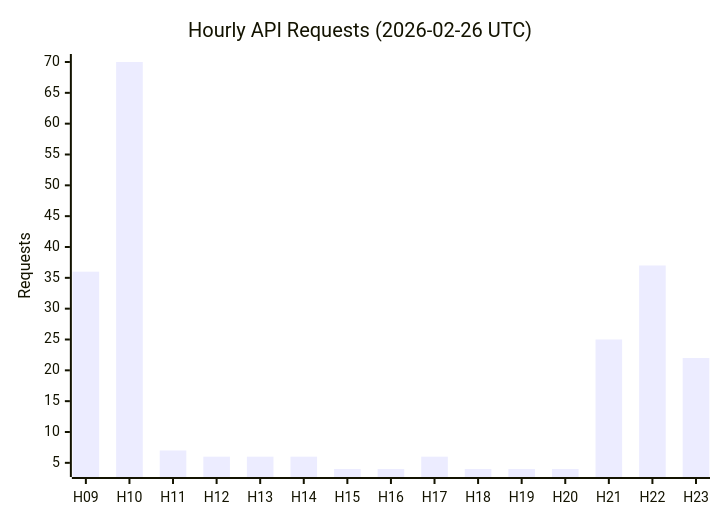
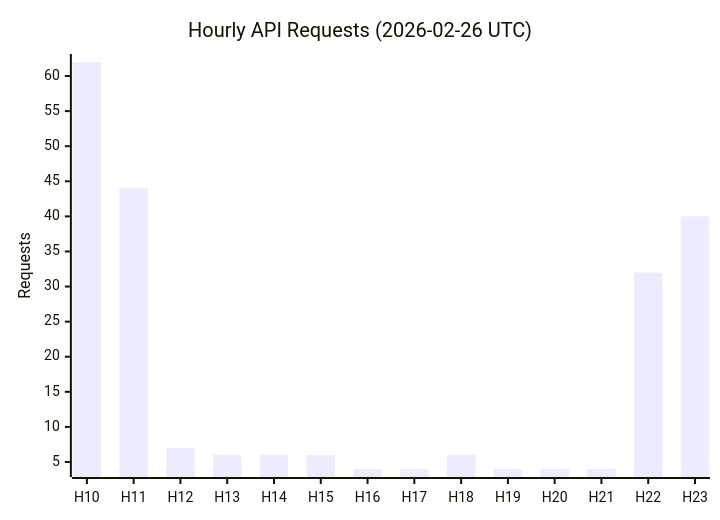
The second of 2 diagrams in reports/2026-02-27/USAGE_REPORT.md (gormantec/openclaw_reports), drawn with Mermaid before and after one commit. The commit also changed other lines of this file, not shown here.

````diff
--- a/reports/2026-02-27/USAGE_REPORT.md
+++ b/reports/2026-02-27/USAGE_REPORT.md
@@ -27,7 +27,7 @@
 ```mermaid
 xychart
     title "Hourly API Requests (2026-02-26 UTC)"
-    x-axis [H09, H10, H11, H12, H13, H14, H15, H16, H17, H18, H19, H20, H21, H22, H23]
+    x-axis [H10, H11, H12, H13, H14, H15, H16, H17, H18, H19, H20, H21, H22, H23]
     y-axis "Requests"
-    bar [36, 70, 7, 6, 6, 6, 4, 4, 6, 4, 4, 4, 25, 37, 22]
+    bar [62, 44, 7, 6, 6, 6, 4, 4, 6, 4, 4, 4, 32, 40]
 ```
````
